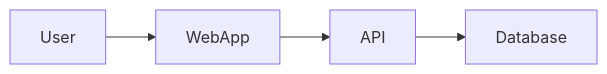
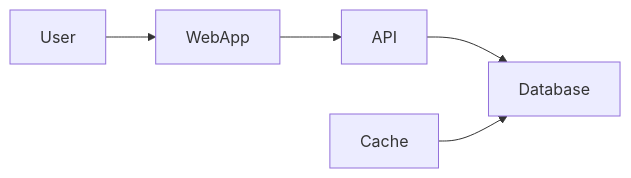
Before and after one commit to akshatha1710/github-mermaid-demo: the diagram in docs/architecture2.mmd, drawn with Mermaid.

Commit message:
Add Cache to architecture flowchart
feat: introduce cache layer

```diff
--- a/docs/architecture2.mmd
+++ b/docs/architecture2.mmd
@@ -1,4 +1,5 @@
 flowchart LR
     User --> WebApp
     WebApp --> API
     API --> Database
+    Cache --> Database
```
